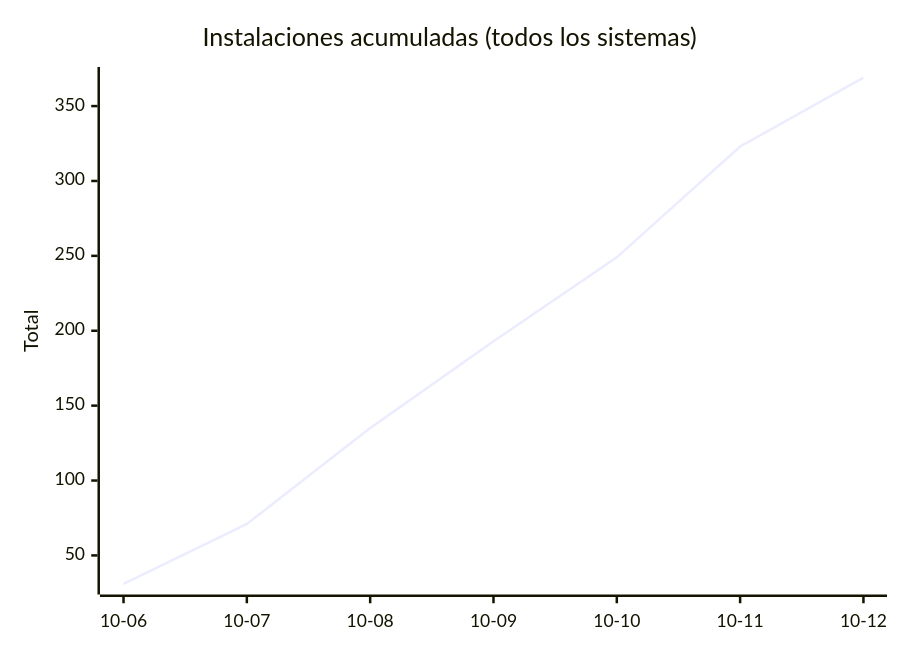
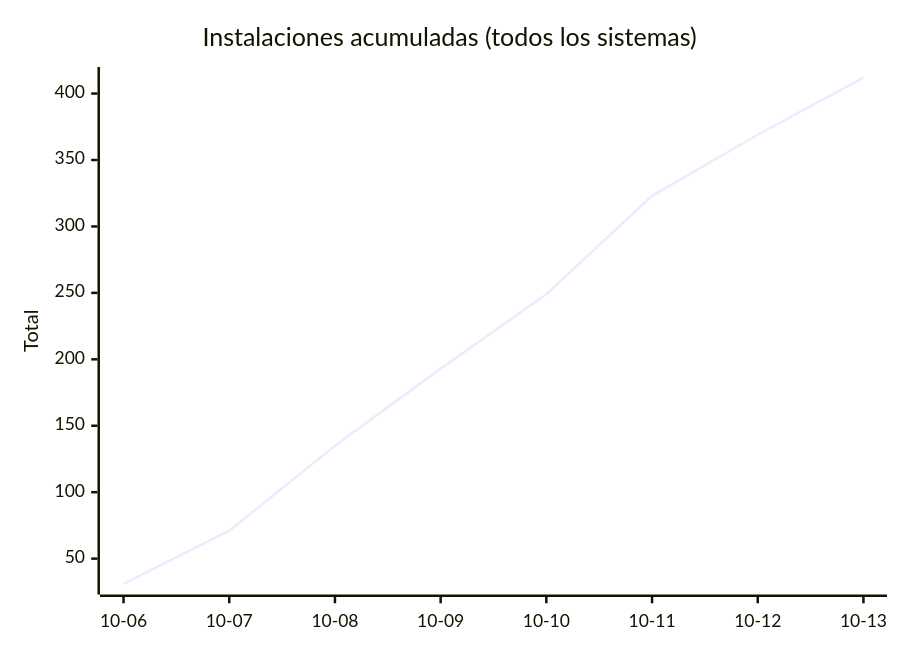
The seventh of 8 diagrams in README.md (EmuDeck/stats), drawn with Mermaid before and after one commit. The commit also changed other lines of this file and 2 other files, not shown here.

````diff
--- a/README.md
+++ b/README.md
@@ -76,7 +76,7 @@
 ```mermaid
 xychart-beta
     title "Instalaciones acumuladas (todos los sistemas)"
-    x-axis ["10-06", "10-07", "10-08", "10-09", "10-10", "10-11", "10-12"]
+    x-axis ["10-06", "10-07", "10-08", "10-09", "10-10", "10-11", "10-12", "10-13"]
     y-axis "Total"
-    line [31, 71, 135, 193, 249, 323, 369]
+    line [31, 71, 135, 193, 249, 323, 369, 412]
 ```
````
